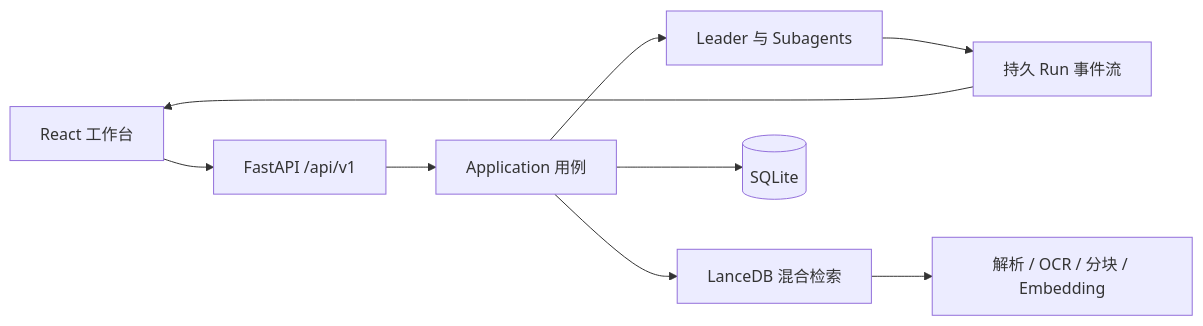
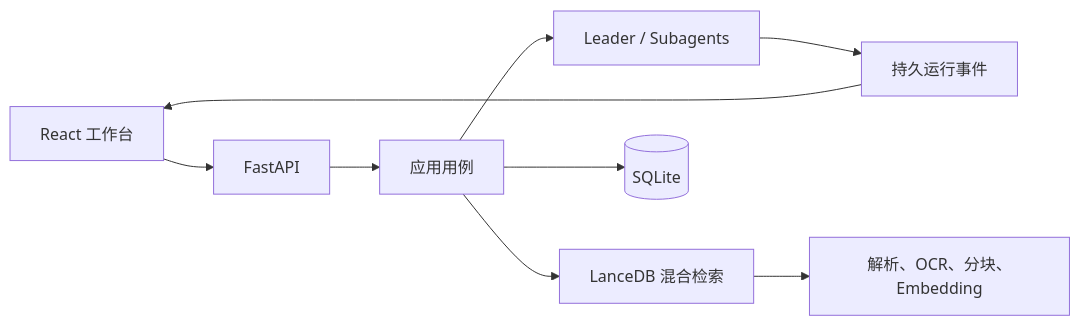
Before and after one commit to 0verL1nk/LLM_App_Final: the diagram in README.md, drawn with Mermaid. The commit also changed other lines of this file and 5 other files, not shown here.

````diff
--- a/README.md
+++ b/README.md
@@ -29,11 +65,11 @@
 ```mermaid
 flowchart LR
-  UI[React 工作台] --> API[FastAPI /api/v1]
-  API --> APP[Application 用例]
-  APP --> AGENT[Leader 与 Subagents]
+  UI[React 工作台] --> API[FastAPI]
+  API --> APP[应用用例]
+  APP --> AGENT[Leader / Subagents]
   APP --> RAG[LanceDB 混合检索]
   APP --> DB[(SQLite)]
-  RAG --> DOC[解析 / OCR / 分块 / Embedding]
-  AGENT --> SSE[持久 Run 事件流]
+  RAG --> DOC[解析、OCR、分块、Embedding]
+  AGENT --> SSE[持久运行事件]
   SSE --> UI
 ```
````
